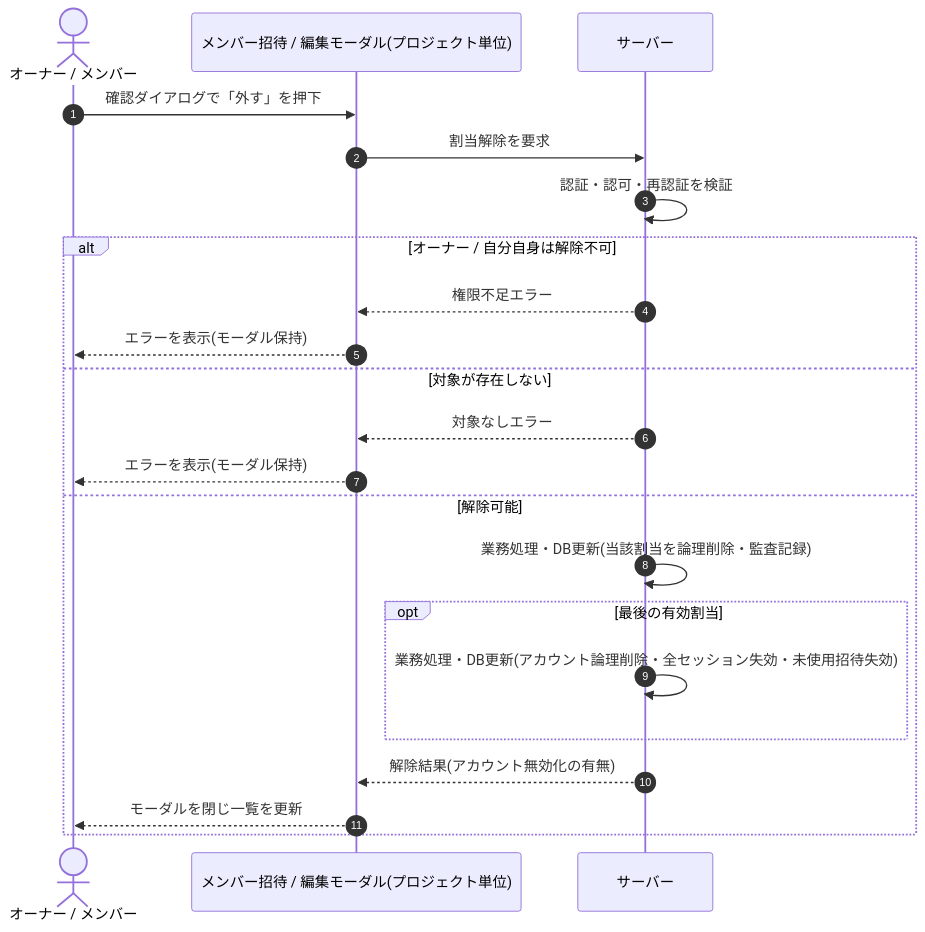
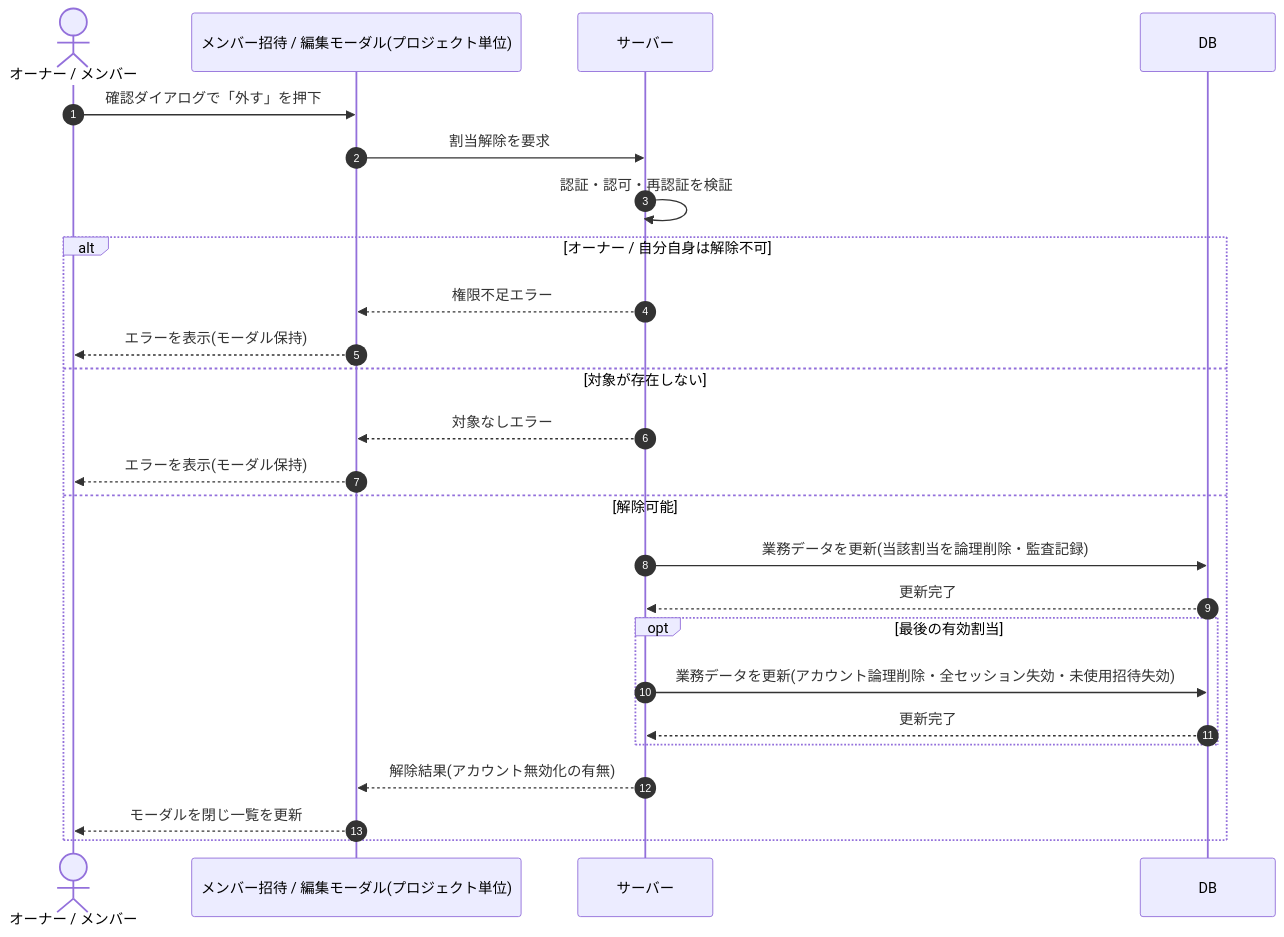
One commit to sikakou54/open-faq changed the diagram in 02_basic_design/03_sequences/SEQ-051.md. Above: the diagram before and after it, drawn with Mermaid. The commit also changed other lines of this file and 122 other files, not shown here.

First line of the commit message:
シーケンス図に DB アクターを追加(DB 操作をサーバー自己メッセージから分離)

````diff
--- a/02_basic_design/03_sequences/SEQ-051.md
+++ b/02_basic_design/03_sequences/SEQ-051.md
@@ -26,24 +26,27 @@
 ```mermaid
 sequenceDiagram
   autonumber
   actor U as オーナー / メンバー
   participant Screen as メンバー招待 / 編集モーダル(プロジェクト単位)
   participant Server as サーバー
+  participant DB as DB
   U->>Screen: 確認ダイアログで「外す」を押下
   Screen->>Server: 割当解除を要求
   Server->>Server: 認証・認可・再認証を検証
   alt オーナー / 自分自身は解除不可
     Server-->>Screen: 権限不足エラー
     Screen-->>U: エラーを表示(モーダル保持)
   else 対象が存在しない
     Server-->>Screen: 対象なしエラー
     Screen-->>U: エラーを表示(モーダル保持)
   else 解除可能
-    Server->>Server: 業務処理・DB更新(当該割当を論理削除・監査記録)
+    Server->>DB: 業務データを更新(当該割当を論理削除・監査記録)
+    DB-->>Server: 更新完了
     opt 最後の有効割当
-      Server->>Server: 業務処理・DB更新(アカウント論理削除・全セッション失効・未使用招待失効)
+      Server->>DB: 業務データを更新(アカウント論理削除・全セッション失効・未使用招待失効)
+      DB-->>Server: 更新完了
     end
     Server-->>Screen: 解除結果(アカウント無効化の有無)
     Screen-->>U: モーダルを閉じ一覧を更新
   end
 ```
````
